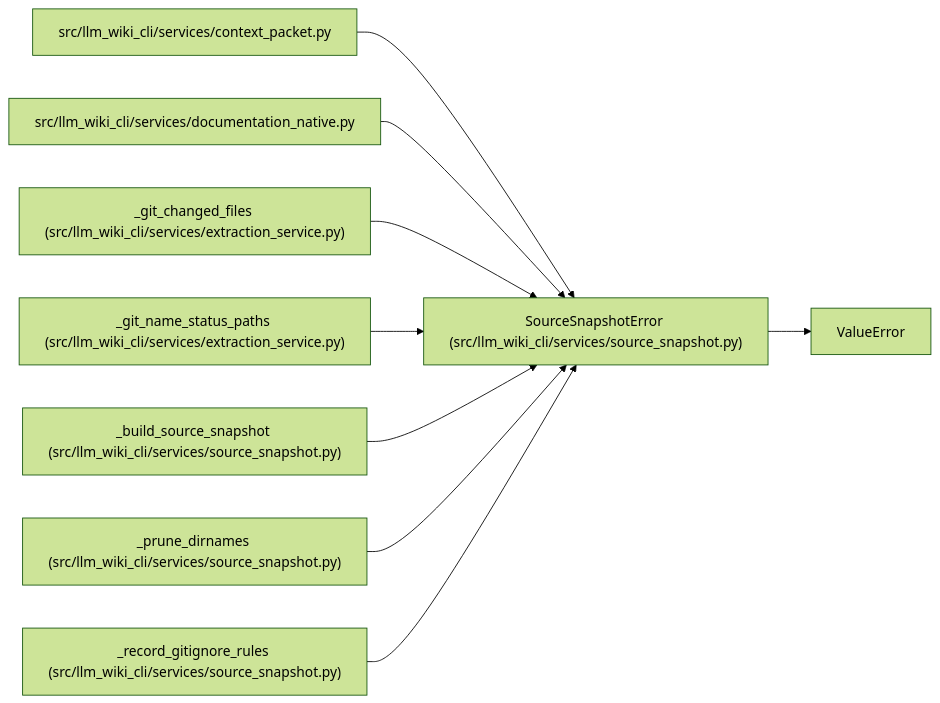
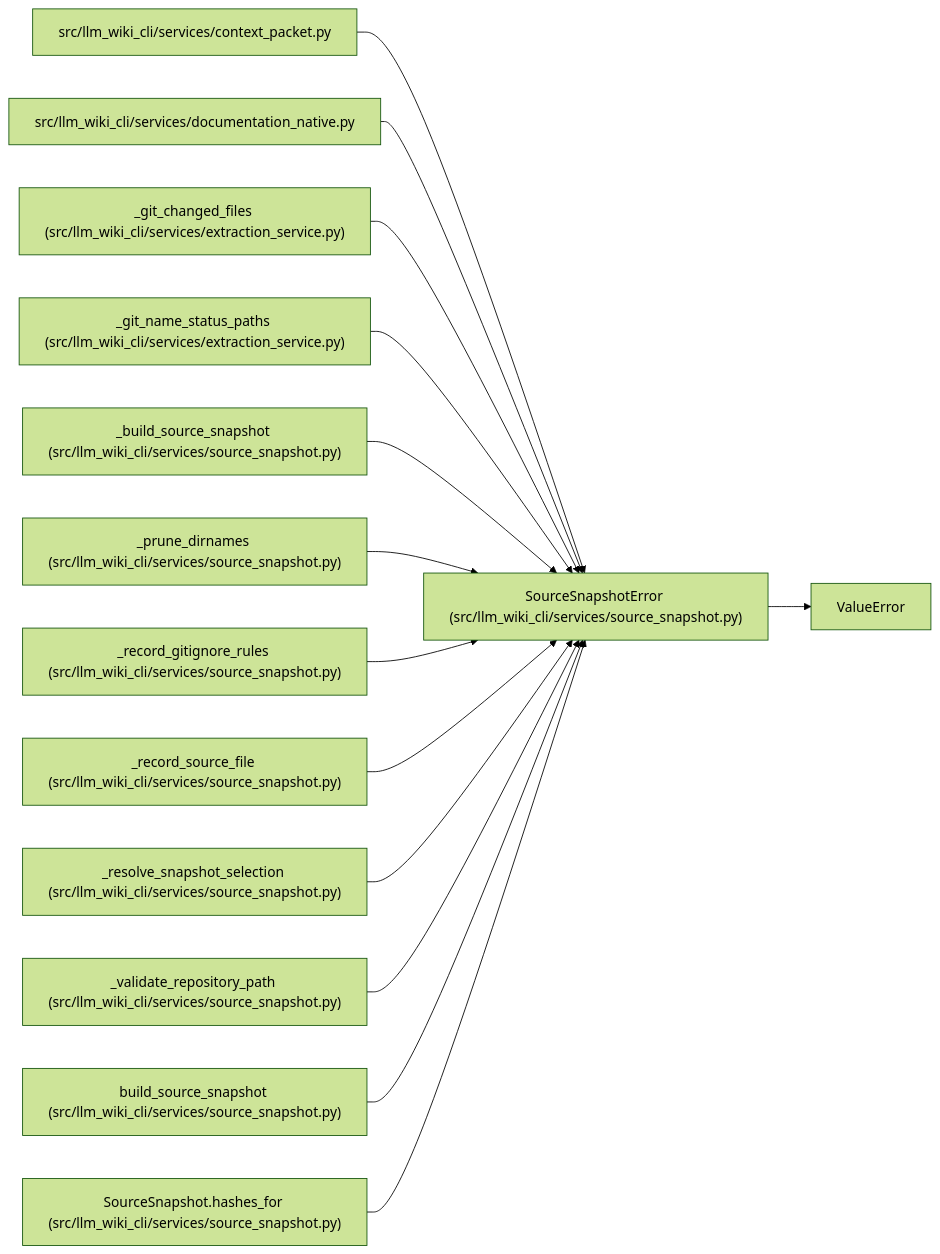
The diagram in docs/llm_wiki/entities/SourceSnapshotError.md (Denissvgn/python-wiki-llm), drawn with Mermaid (forest theme) before and after one commit. The commit also changed other lines of this file and 493 other files, not shown here.

````diff
--- a/docs/llm_wiki/entities/SourceSnapshotError.md
+++ b/docs/llm_wiki/entities/SourceSnapshotError.md
@@ -25,28 +25,43 @@
 ```mermaid
 flowchart LR
     n0["SourceSnapshotError (src/llm_wiki_cli/services/source_snapshot.py)"]
     n1["ValueError"]
     n2["src/llm_wiki_cli/services/context_packet.py"]
     n3["src/llm_wiki_cli/services/documentation_native.py"]
     n4["_git_changed_files (src/llm_wiki_cli/services/extraction_service.py)"]
     n5["_git_name_status_paths (src/llm_wiki_cli/services/extraction_service.py)"]
     n6["_build_source_snapshot (src/llm_wiki_cli/services/source_snapshot.py)"]
     n7["_prune_dirnames (src/llm_wiki_cli/services/source_snapshot.py)"]
     n8["_record_gitignore_rules (src/llm_wiki_cli/services/source_snapshot.py)"]
+    n9["_record_source_file (src/llm_wiki_cli/services/source_snapshot.py)"]
+    n10["_resolve_snapshot_selection (src/llm_wiki_cli/services/source_snapshot.py)"]
+    n11["_validate_repository_path (src/llm_wiki_cli/services/source_snapshot.py)"]
+    n12["build_source_snapshot (src/llm_wiki_cli/services/source_snapshot.py)"]
+    n13["SourceSnapshot.hashes_for (src/llm_wiki_cli/services/source_snapshot.py)"]
     n0 --> n1
     n2 --> n0
     n3 --> n0
     n4 --> n0
     n5 --> n0
     n6 --> n0
     n7 --> n0
     n8 --> n0
+    n9 --> n0
+    n10 --> n0
+    n11 --> n0
+    n12 --> n0
+    n13 --> n0
     click n0 "../modules/source_snapshot.md"
     click n2 "../modules/context_packet.md"
     click n3 "../modules/documentation_native.md"
     click n4 "../modules/extraction_service.md"
     click n5 "../modules/extraction_service.md"
     click n6 "../modules/source_snapshot.md"
     click n7 "../modules/source_snapshot.md"
     click n8 "../modules/source_snapshot.md"
+    click n9 "../modules/source_snapshot.md"
+    click n10 "../modules/source_snapshot.md"
+    click n11 "../modules/source_snapshot.md"
+    click n12 "../modules/source_snapshot.md"
+    click n13 "../modules/source_snapshot.md"
 ```
````
